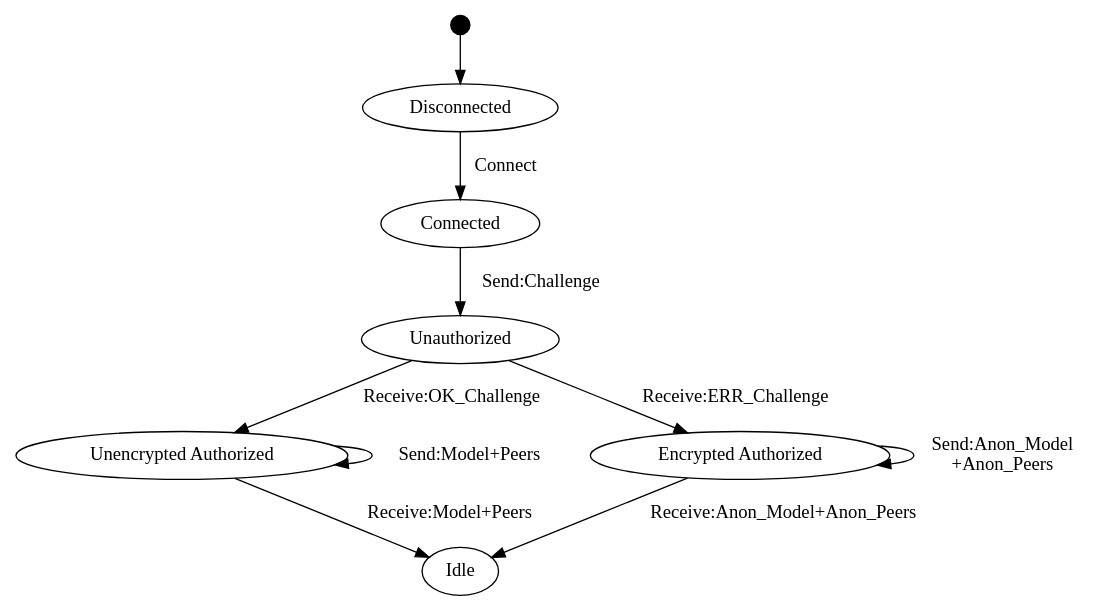
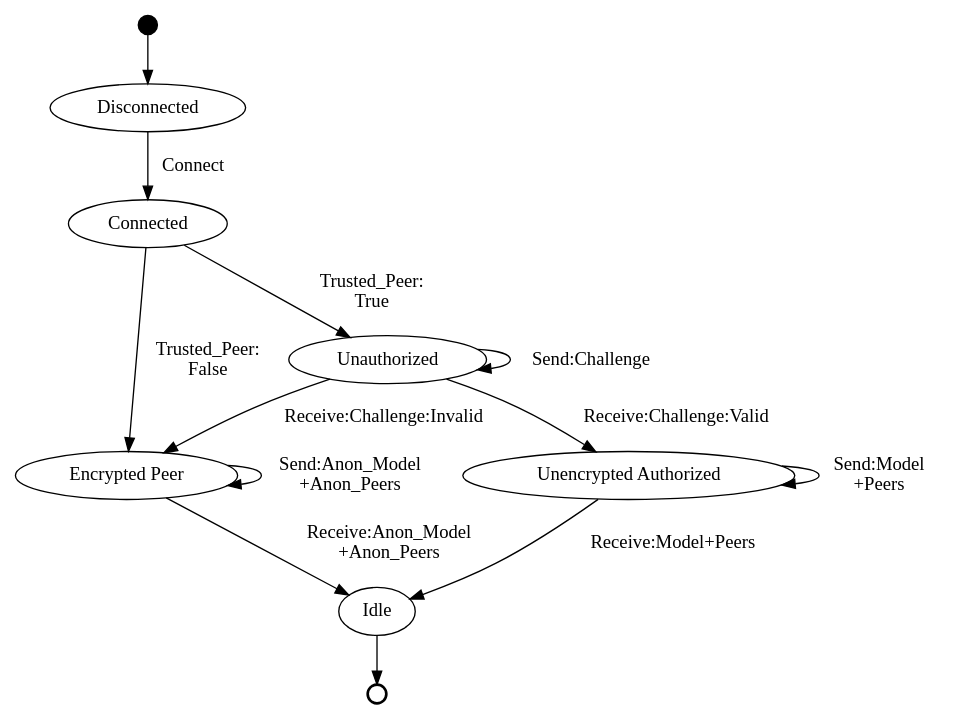
Before and after one commit to xamino/master_thesis: the diagram in graph/sm_peer_communications.dot, drawn with Graphviz.

Commit message:
graph update

```diff
--- a/graph/sm_peer_communications.dot
+++ b/graph/sm_peer_communications.dot
@@ -1,20 +1,24 @@
 digraph statemachine {
     // label
-    start [shape="point" width="0.2"]
+    start [shape="point" width="0.2"];
     a [label="Disconnected"];
-    b [label="Connected"];
+    conn [label="Connected"];
+    epeer [label="Encrypted Peer"];
     c [label="Unauthorized"];
     d [label="Unencrypted Authorized"];
-    e [label="Idle"];
-    g [label="Encrypted Authorized"];
+    idle [label="Idle"];
+    end [shape="circle" width="0.2" style="bold" label=""];
     // define
     start -> a;
-    a -> b [label=" Connect "];
-    b -> c [label=" Send:Challenge "];
-    c -> d [label=" Receive:OK_Challenge "];
-    d -> d [label=" Send:Model+Peers "];
-    d -> e [label=" Receive:Model+Peers "];
-    c -> g [label=" Receive:ERR_Challenge "];
-    g -> g [label=" Send:Anon_Model\n+Anon_Peers "];
-    g -> e [label=" Receive:Anon_Model+Anon_Peers "];
+    a -> conn [label=" Connect "];
+    conn -> c [label=" Trusted_Peer:\nTrue "];
+    c -> c [label=" Send:Challenge "];
+    c -> d [label=" Receive:Challenge:Valid "];
+    c -> epeer [label=" Receive:Challenge:Invalid "];
+    d -> d [label=" Send:Model\n+Peers "];
+    d -> idle [label=" Receive:Model+Peers "];
+    conn -> epeer [label=" Trusted_Peer:\nFalse "];
+    epeer -> epeer [label=" Send:Anon_Model\n+Anon_Peers "];
+    epeer -> idle [label=" Receive:Anon_Model\n+Anon_Peers "];
+    idle -> end;
 }
```
